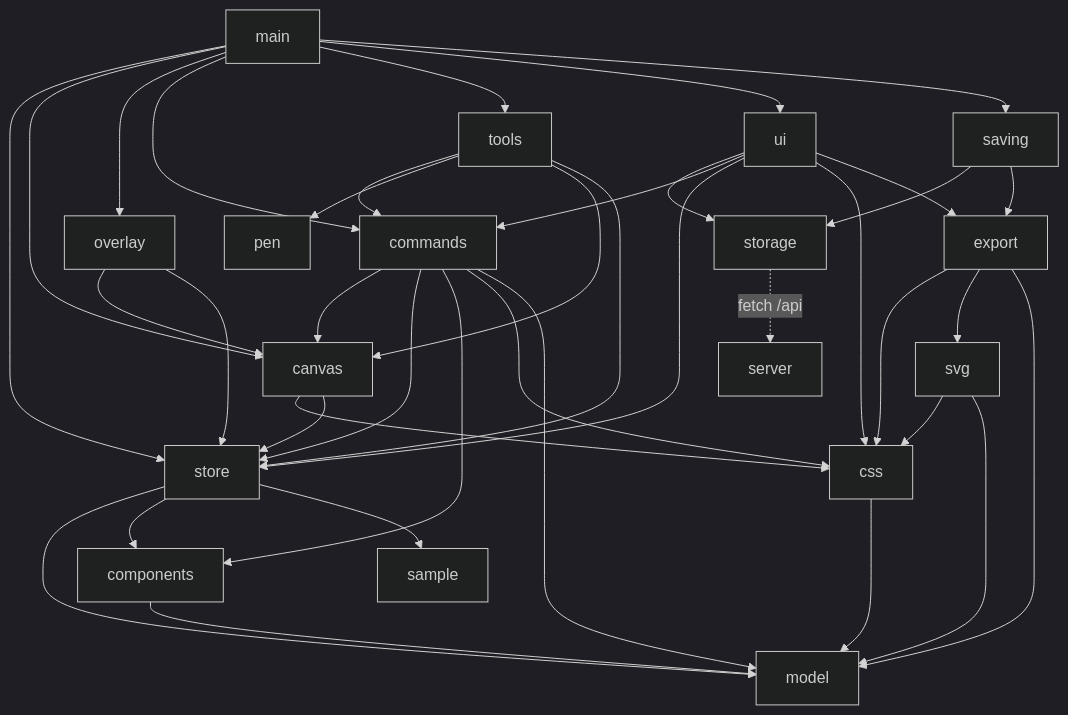
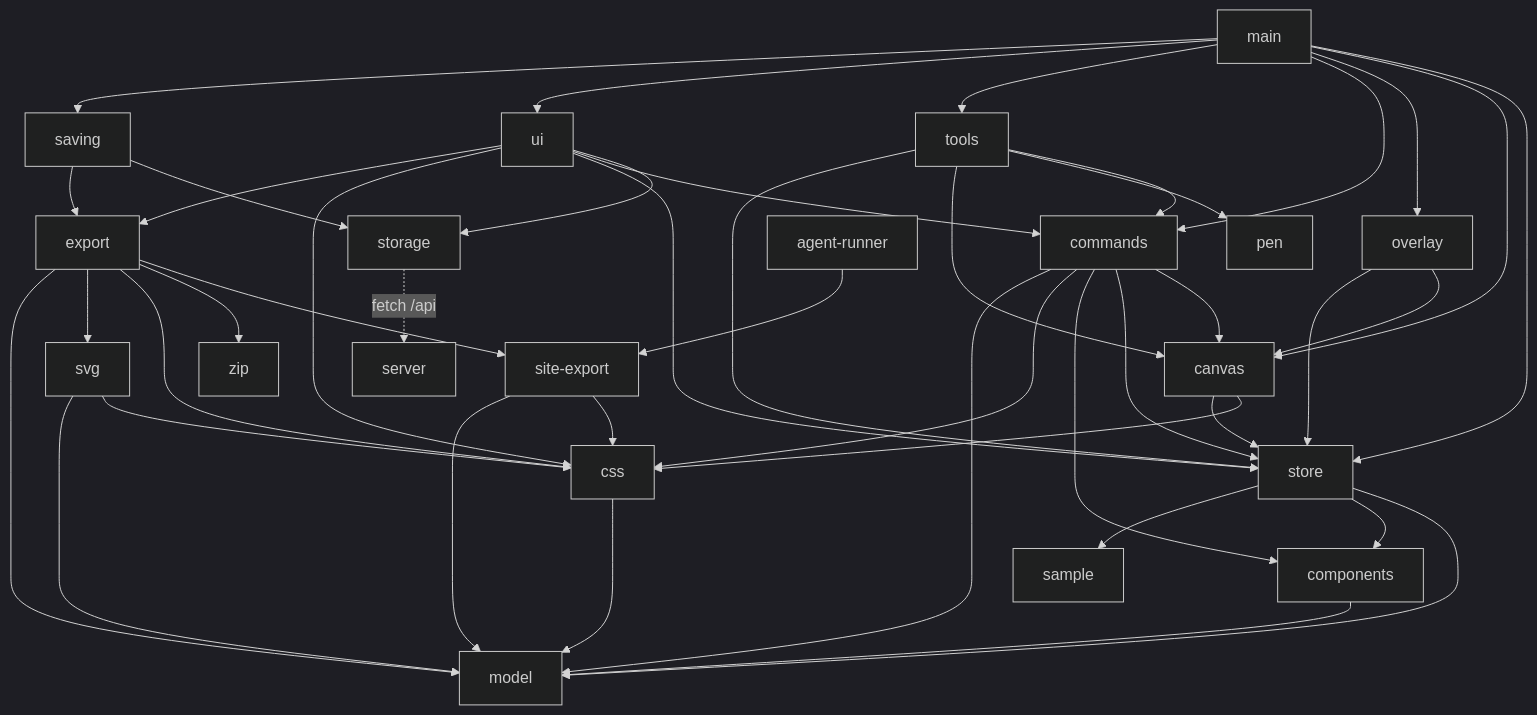
One commit to Kaykygnb/StyloDesigner changed the diagram in docs/ARQUITETURA.md. Above: the diagram before and after it, drawn with Mermaid (dark theme). The commit also changed other lines of this file and 12 other files, not shown here.

````diff
--- a/docs/ARQUITETURA.md
+++ b/docs/ARQUITETURA.md
@@ -69,17 +71,20 @@
 ```mermaid
 flowchart TD
   main --> store & canvas & overlay & commands & tools & ui & saving
   saving --> storage & export
   ui --> storage
   storage -.->|"fetch /api"| server
   tools --> commands & pen & canvas & store
   commands --> canvas & store & components & css & model
   overlay --> canvas & store
   canvas --> css & store
   ui --> commands & store & css & export
+  export --> site-export & zip
+  site-export --> css & model
+  agent-runner --> site-export
   store --> model & components & sample
   css --> model
   components --> model
   svg --> css & model
   export --> css & svg & model
 ```
````
